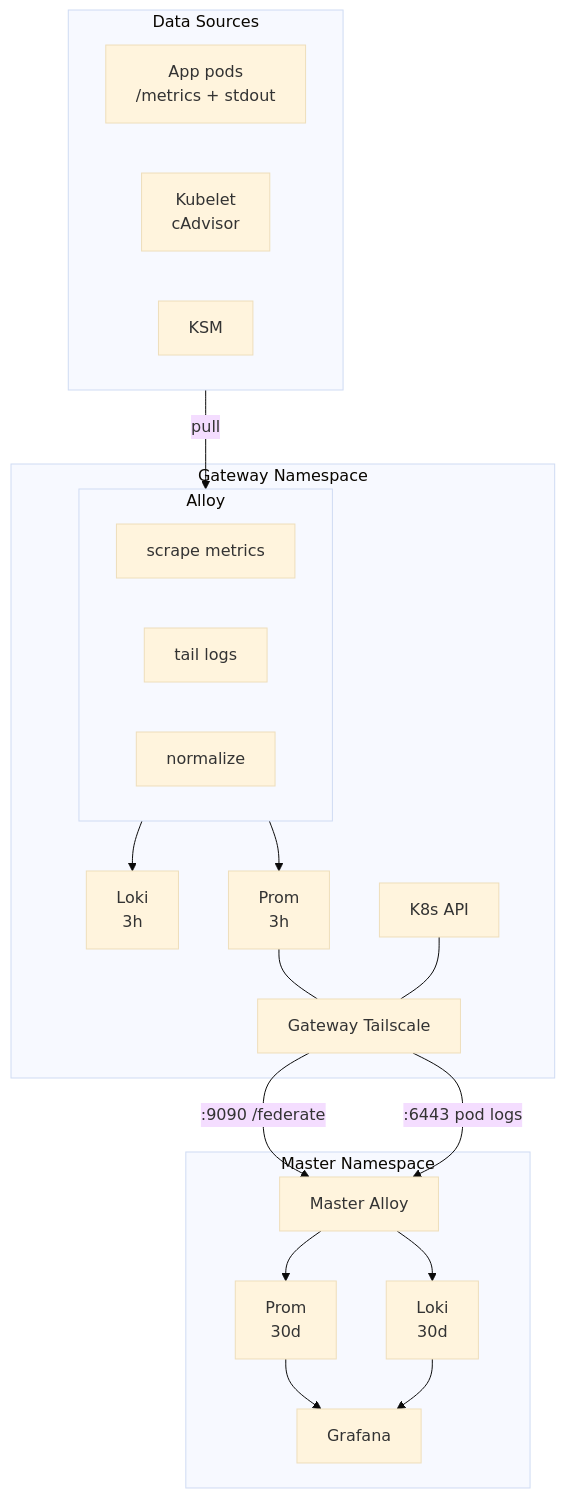
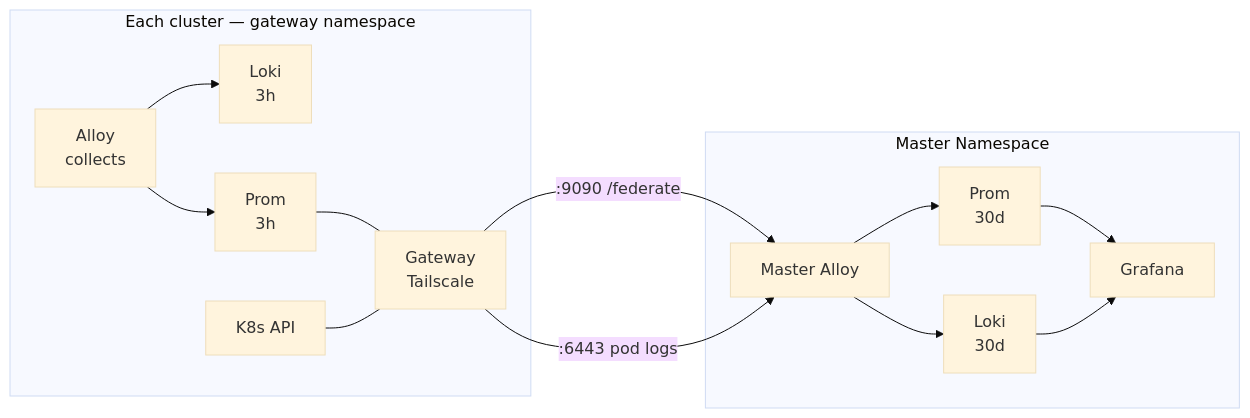
One commit to Kord96/kordinate changed the fourth of 4 diagrams in docs/infrastructure.md. Above: the diagram before and after it, drawn with Mermaid (base theme). The commit also changed other lines of this file, not shown here.

Commit message:
docs: simplify data flow diagram — focus on federation [scribe]
Remove collection detail (data sources, alloy internals) — that's
covered by the observability contract. Diagram now shows: gateway
(alloy collects → loki + prom → tailscale) → master → grafana.
Links to observability contract for the app-side collection story.

````diff
--- a/docs/infrastructure.md
+++ b/docs/infrastructure.md
@@ -89,29 +89,16 @@
 ```mermaid
-flowchart TB
-    subgraph sources[Data Sources]
-        AP[App pods<br/>/metrics + stdout]
-        KU[Kubelet<br/>cAdvisor]
-        KSM[KSM]
-    end
-
-    subgraph gw[Gateway Namespace]
-        subgraph AL[Alloy]
-            SM[scrape metrics]
-            TL[tail logs]
-            NM[normalize]
-        end
-        AL --> L[Loki<br/>3h] & P[Prom<br/>3h]
-        P --- GWT[Gateway Tailscale]
+flowchart LR
+    subgraph gw[Each cluster — gateway namespace]
+        AL[Alloy<br/>collects] --> L[Loki<br/>3h] & P[Prom<br/>3h]
+        P --- GWT[Gateway<br/>Tailscale]
         K8S[K8s API] --- GWT
     end
 
-    sources -->|pull| AL
+    GWT -->|:9090 /federate| MA
+    GWT -->|:6443 pod logs| MA
 
     subgraph master[Master Namespace]
         MA[Master Alloy] --> ML[Loki<br/>30d] & MP[Prom<br/>30d]
         MP & ML --> G[Grafana]
     end
-
-    GWT -->|:9090 /federate| MA
-    GWT -->|:6443 pod logs| MA
 ```
````
